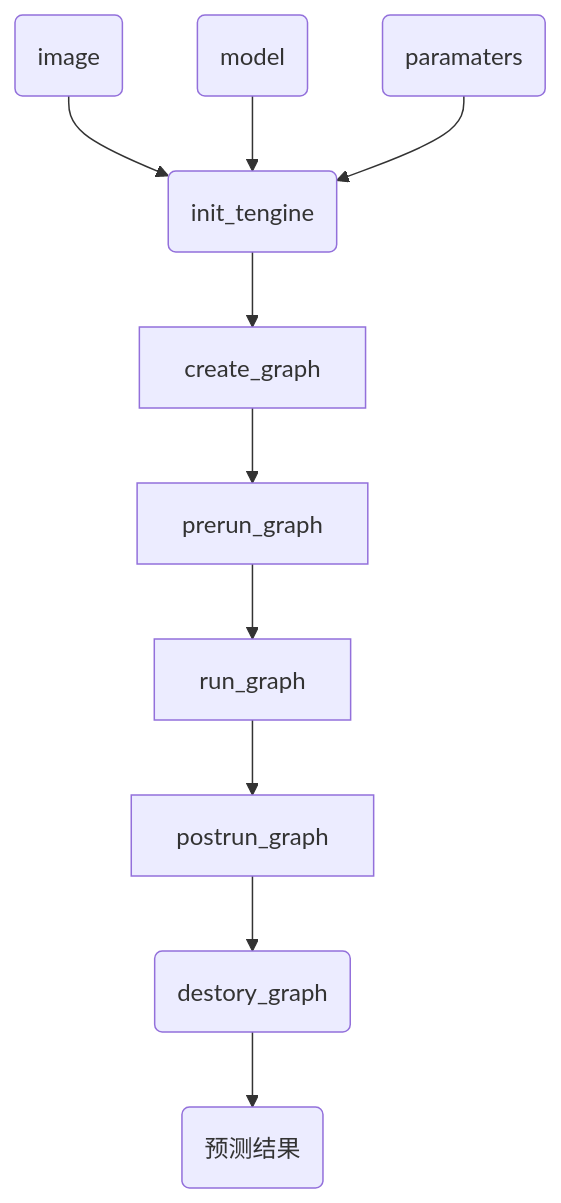
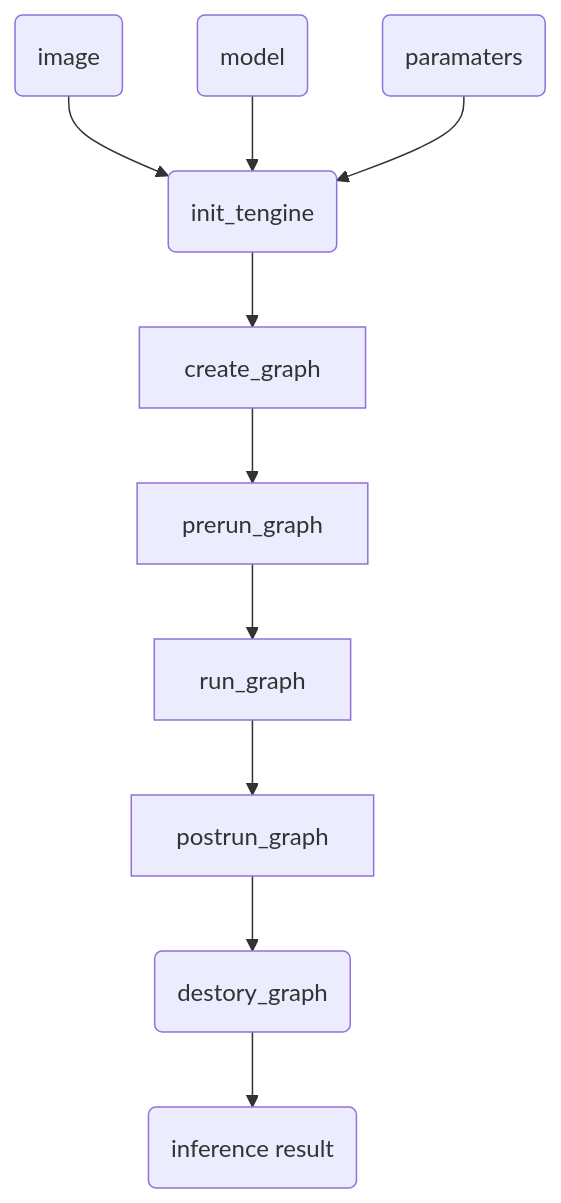
One commit to BUG1989/tengine-docs-en changed the diagram in quick_start/tutorial.md. Above: the diagram before and after it, drawn with Mermaid. The commit also changed other lines of this file and 42 other files, not shown here.

````diff
--- a/quick_start/tutorial.md
+++ b/quick_start/tutorial.md
@@ -44,13 +41,13 @@
 ```mermaid
 graph TD
 	A(init_tengine)
 	i1(image)-->A
 	i2(model)-->A
 	i3(paramaters)-->A
 	A --> B[create_graph]
     B --> C[prerun_graph]
     C --> D[run_graph]
     D --> E[postrun_graph]
     E --> F(destory_graph)
-    F --> O(预测结果)
+    F --> O(inference result)
 ```
````
